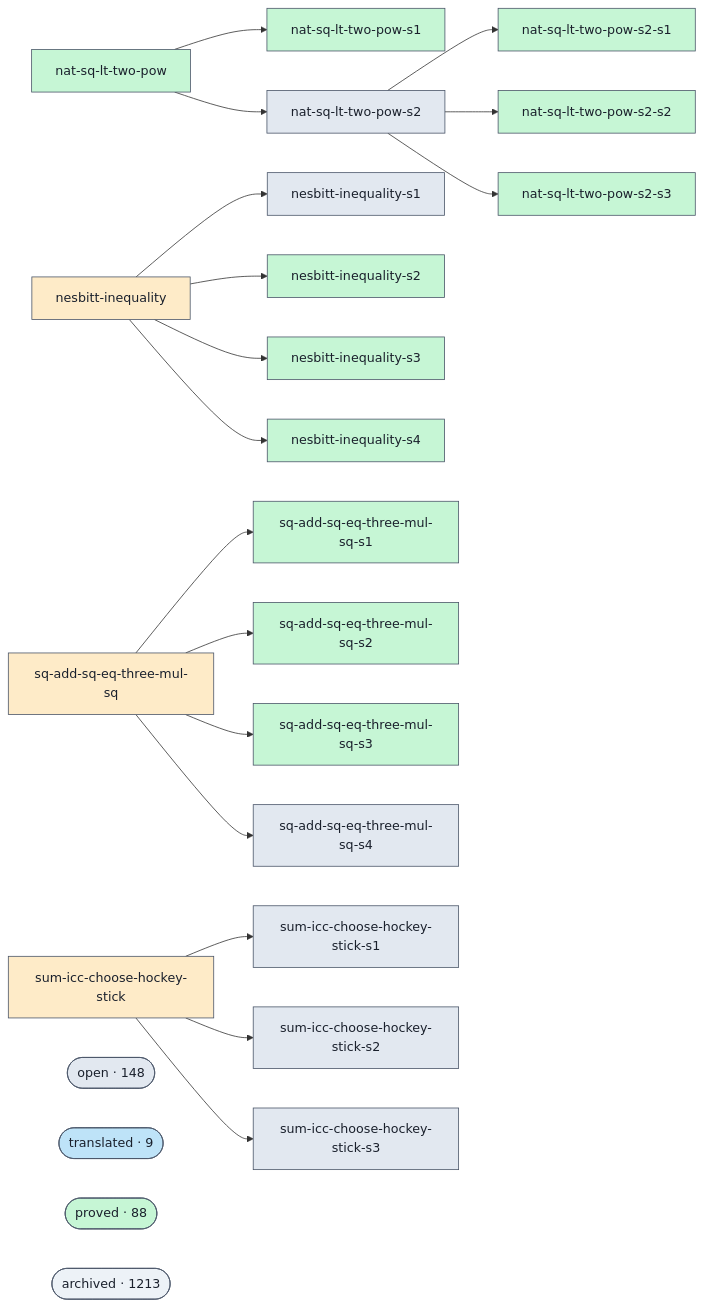
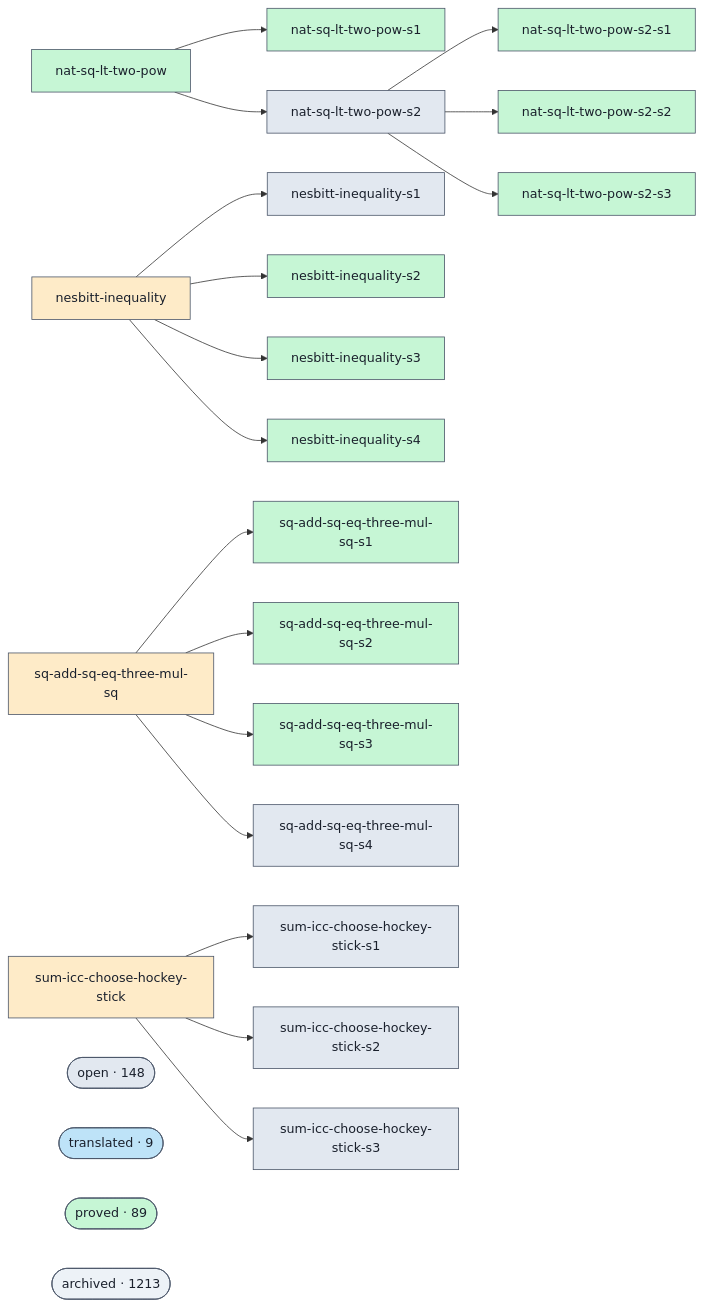
One commit to Rauxon/unsorry changed the diagram in docs/proofs-contributors-visualisation.md. Above: the diagram before and after it, drawn with Mermaid. The commit also changed other lines of this file and 2 other files, not shown here.

```diff
--- a/docs/proofs-contributors-visualisation.md
+++ b/docs/proofs-contributors-visualisation.md
@@ -102,7 +102,7 @@
   class cluster_open open;
   cluster_translated(["translated · 9"])
   class cluster_translated translated;
-  cluster_proved(["proved · 88"])
+  cluster_proved(["proved · 89"])
   class cluster_proved proved;
   cluster_archived(["archived · 1213"])
   class cluster_archived unknown;
```
